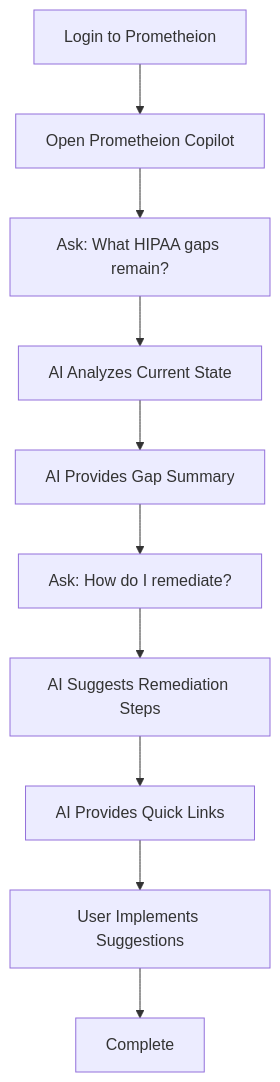
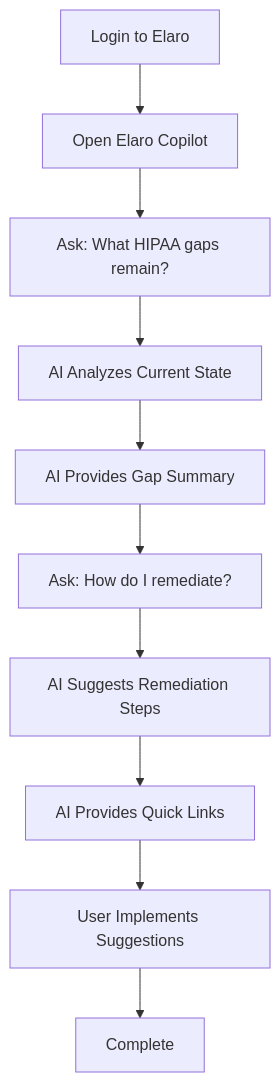
One commit to derickporter1993/Solentra---Prometheion changed the fifth of 9 diagrams in docs/UI_UX_DESIGN.md. Above: the diagram before and after it, drawn with Mermaid. The commit also changed other lines of this file and 973 other files, not shown here.

First line of the commit message:
refactor: Rename Prometheion to Elaro across entire codebase

````diff
--- a/docs/UI_UX_DESIGN.md
+++ b/docs/UI_UX_DESIGN.md
@@ -402,12 +402,12 @@
 ```mermaid
 graph TD
-    START[Login to Prometheion] --> COPILOT[Open Prometheion Copilot]
+    START[Login to Elaro] --> COPILOT[Open Elaro Copilot]
     COPILOT --> QUESTION[Ask: What HIPAA gaps remain?]
     QUESTION --> AI_ANALYZE[AI Analyzes Current State]
     AI_ANALYZE --> RESPONSE[AI Provides Gap Summary]
     RESPONSE --> FOLLOWUP[Ask: How do I remediate?]
     FOLLOWUP --> AI_SUGGEST[AI Suggests Remediation Steps]
     AI_SUGGEST --> NAVIGATE[AI Provides Quick Links]
     NAVIGATE --> IMPLEMENT[User Implements Suggestions]
     IMPLEMENT --> END[Complete]
 ```
````
